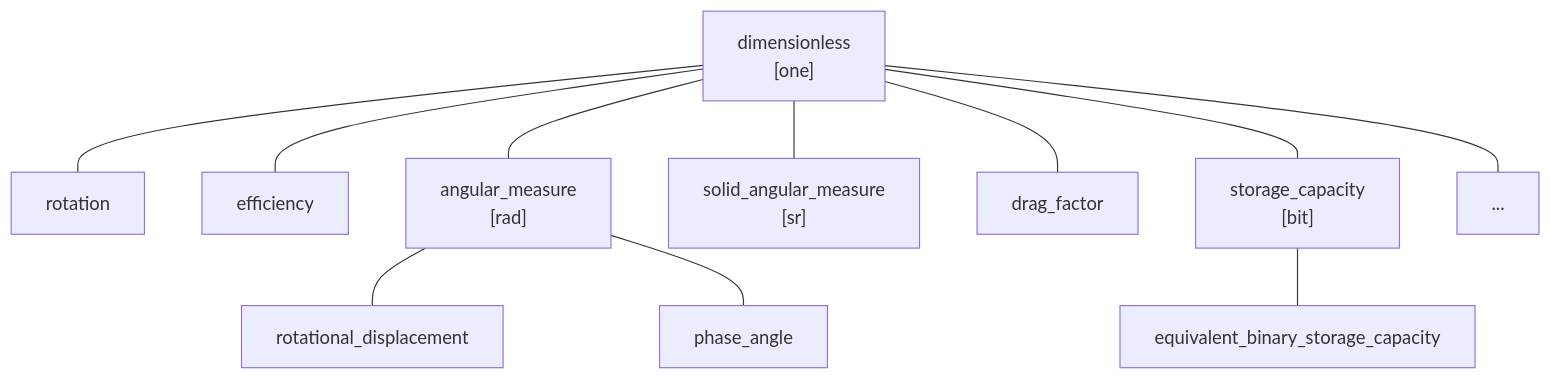
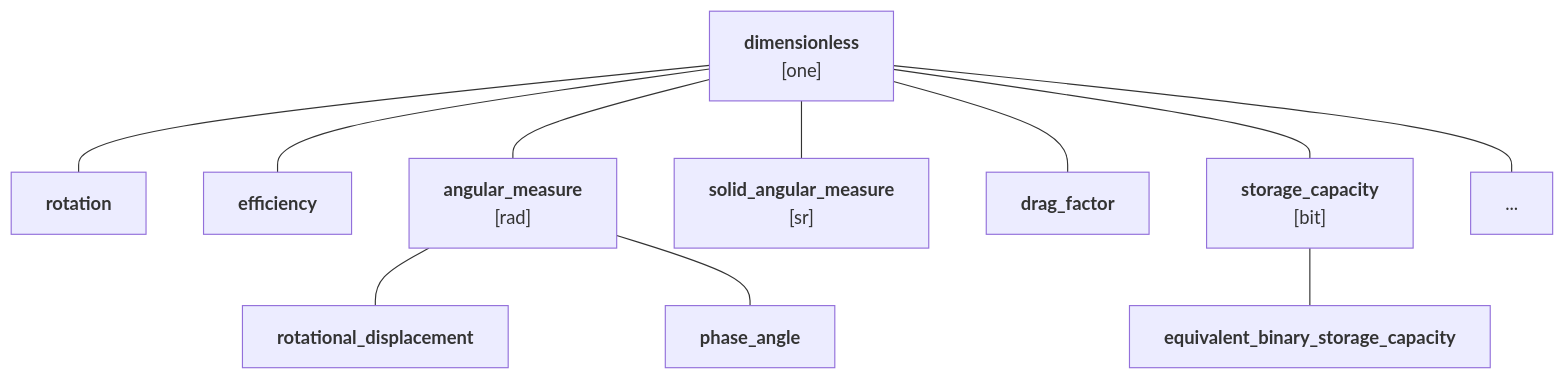
The diagram in docs/users_guide/framework_basics/dimensionless_quantities.md (mpusz/mp-units), drawn with Mermaid before and after one commit. The commit also changed 1 other file, not shown here.

Commit message:
docs: graphs of ISQ kind hierarchies improved

````diff
--- a/docs/users_guide/framework_basics/dimensionless_quantities.md
+++ b/docs/users_guide/framework_basics/dimensionless_quantities.md
@@ -263,13 +263,13 @@
 ```mermaid
 flowchart TD
-    dimensionless["dimensionless<br>[one]"]
-    dimensionless --- rotation
-    dimensionless --- efficiency
-    dimensionless --- angular_measure["angular_measure<br>[rad]"]
-    angular_measure --- rotational_displacement
-    angular_measure --- phase_angle
-    dimensionless --- solid_angular_measure["solid_angular_measure<br>[sr]"]
-    dimensionless --- drag_factor
-    dimensionless --- storage_capacity["storage_capacity<br>[bit]"] --- equivalent_binary_storage_capacity
+    dimensionless["<b>dimensionless</b><br>[one]"]
+    dimensionless --- rotation["<b>rotation</b>"]
+    dimensionless --- efficiency["<b>efficiency</b>"]
+    dimensionless --- angular_measure["<b>angular_measure</b><br>[rad]"]
+    angular_measure --- rotational_displacement["<b>rotational_displacement</b>"]
+    angular_measure --- phase_angle["<b>phase_angle</b>"]
+    dimensionless --- solid_angular_measure["<b>solid_angular_measure</b><br>[sr]"]
+    dimensionless --- drag_factor["<b>drag_factor</b>"]
+    dimensionless --- storage_capacity["<b>storage_capacity</b><br>[bit]"] --- equivalent_binary_storage_capacity["<b>equivalent_binary_storage_capacity</b>"]
     dimensionless --- ...
 ```
````
